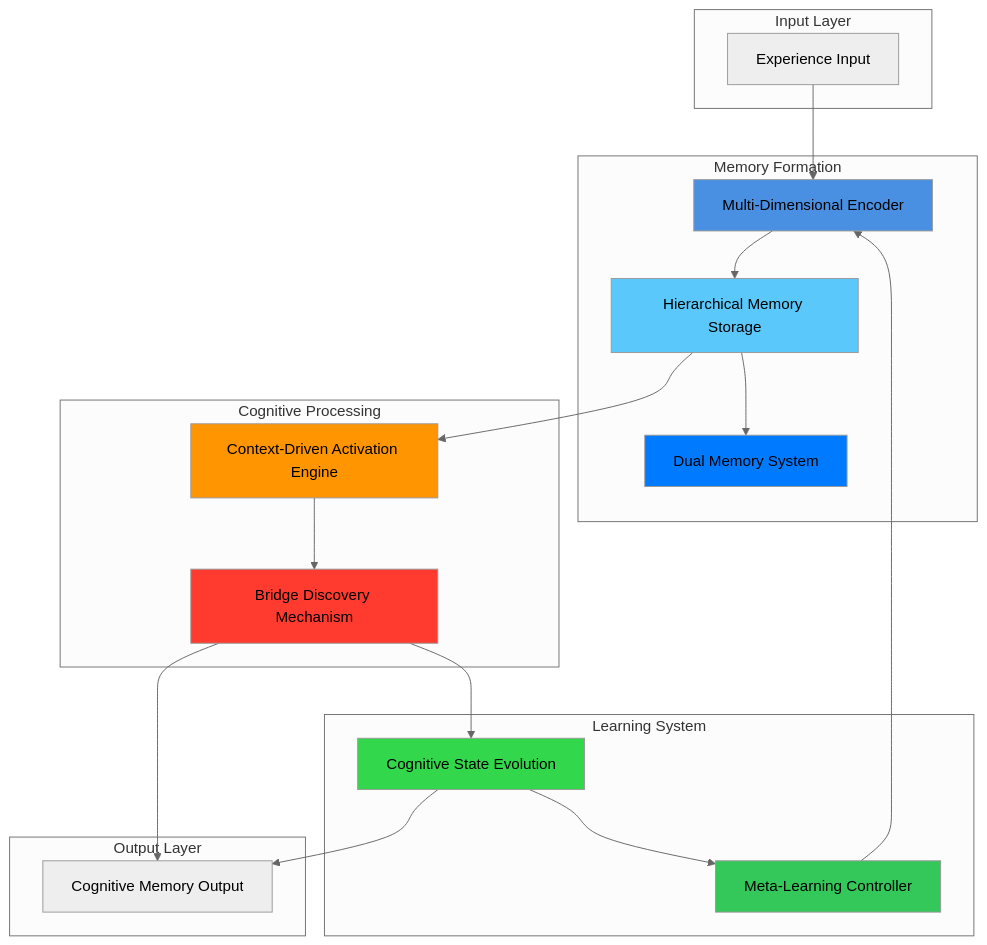
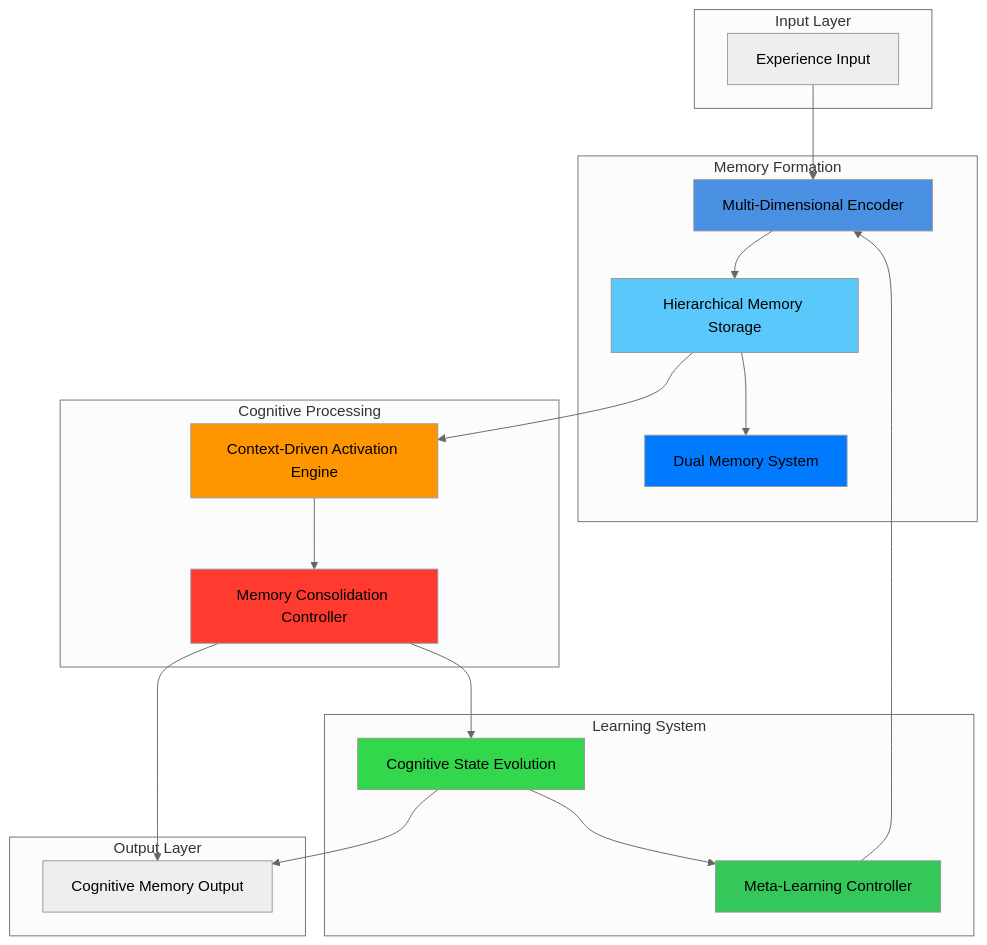
The first of 3 diagrams in docs/arch-docs/architecture-highlevel.md (murdrae/heimdall-mcp-server), drawn with Mermaid (neutral theme) before and after one commit. The commit also changed other lines of this file and 37 other files, not shown here.

````diff
--- a/docs/arch-docs/architecture-highlevel.md
+++ b/docs/arch-docs/architecture-highlevel.md
@@ -11,45 +11,45 @@
 ```mermaid
 graph TB
     subgraph "Input Layer"
         EXP[Experience Input]
     end
 
     subgraph "Memory Formation"
         MDE[Multi-Dimensional Encoder]
         HMS[Hierarchical Memory Storage]
         DMS[Dual Memory System]
     end
 
     subgraph "Cognitive Processing"
         CAE[Context-Driven Activation Engine]
-        BDM[Bridge Discovery Mechanism]
+        MCC[Memory Consolidation Controller]
     end
 
     subgraph "Learning System"
         MLC[Meta-Learning Controller]
         CSE[Cognitive State Evolution]
     end
 
     subgraph "Output Layer"
         CMO[Cognitive Memory Output]
     end
 
     EXP --> MDE
     MDE --> HMS
     HMS --> DMS
     HMS --> CAE
-    CAE --> BDM
-    BDM --> CSE
+    CAE --> MCC
+    MCC --> CSE
     CSE --> MLC
     MLC --> MDE
     CSE --> CMO
-    BDM --> CMO
+    MCC --> CMO
 
     style MDE fill:#4a90e2
     style HMS fill:#5ac8fa
     style DMS fill:#007aff
     style CAE fill:#ff9500
-    style BDM fill:#ff3b30
+    style MCC fill:#ff3b30
     style MLC fill:#34c759
     style CSE fill:#32d74b
 ```
````
